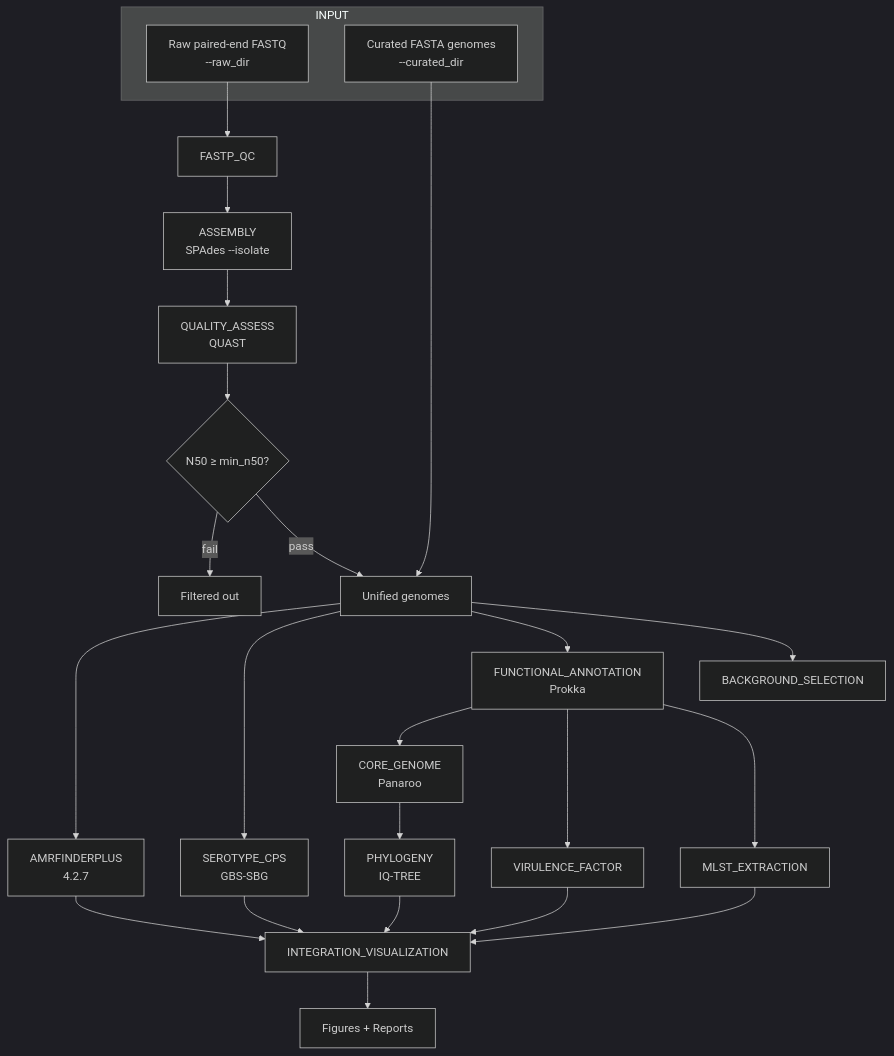
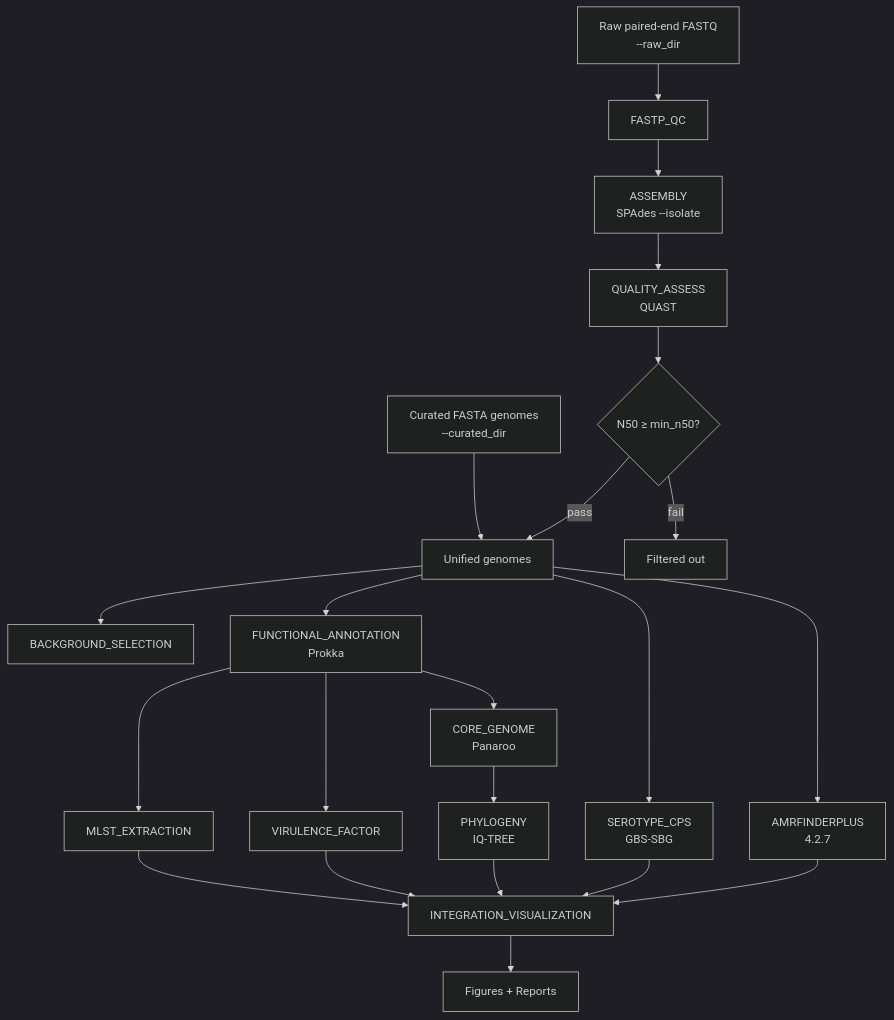
One commit to kizito-devbio/GBS-Sentinel changed the diagram in README.md. Above: the diagram before and after it, drawn with Mermaid (dark theme).

Commit message:
Simplify workflow diagram in README
Removed subgraph definition for input files in workflow diagram.

````diff
--- a/README.md
+++ b/README.md
@@ -47,35 +47,33 @@
 ```mermaid
 flowchart TD
-    subgraph INPUT
-        A1[Raw paired-end FASTQ<br/>--raw_dir]
-        A2[Curated FASTA genomes<br/>--curated_dir]
-    end
+    A1[Raw paired-end FASTQ<br/>--raw_dir]
+    A2[Curated FASTA genomes<br/>--curated_dir]
 
     A1 --> B[FASTP_QC]
     B --> C[ASSEMBLY<br/>SPAdes --isolate]
     C --> D[QUALITY_ASSESS<br/>QUAST]
     D --> E{N50 ≥ min_n50?}
     E -->|pass| F[Unified genomes]
     E -->|fail| X[Filtered out]
 
     A2 --> F
 
     F --> G[BACKGROUND_SELECTION]
     F --> H[FUNCTIONAL_ANNOTATION<br/>Prokka]
     F --> I[SEROTYPE_CPS<br/>GBS-SBG]
     F --> J[AMRFINDERPLUS<br/>4.2.7]
 
     H --> K[MLST_EXTRACTION]
     H --> L[VIRULENCE_FACTOR]
     H --> M[CORE_GENOME<br/>Panaroo]
 
     M --> N[PHYLOGENY<br/>IQ-TREE]
 
     N --> O[INTEGRATION_VISUALIZATION]
     J --> O
     L --> O
     K --> O
     I --> O
 
     O --> P[Figures + Reports]
 ```
````
